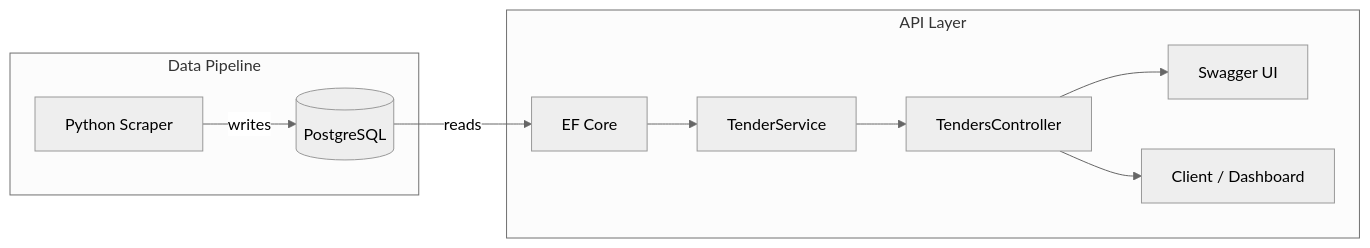
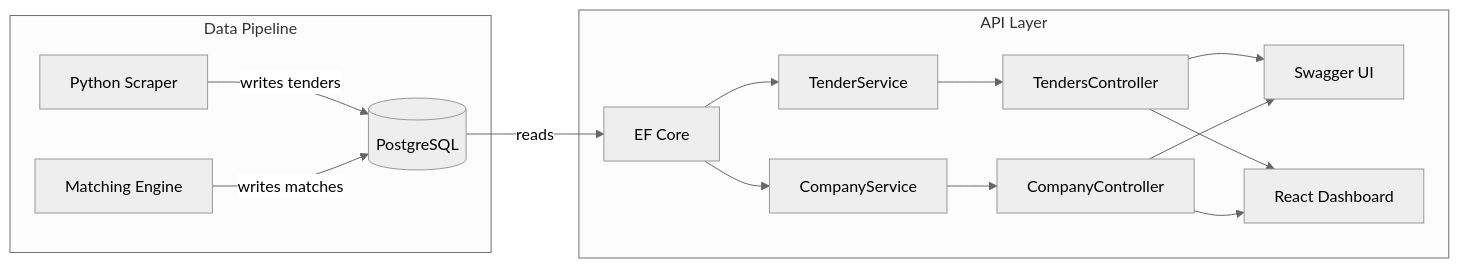
One commit to AGabtni/Procurements_Analyzer_API changed the first of 2 diagrams in README.md. Above: the diagram before and after it, drawn with Mermaid (neutral theme). The commit also changed other lines of this file and 3 other files, not shown here.

````diff
--- a/README.md
+++ b/README.md
@@ -7,13 +7,16 @@
 ```mermaid
 graph LR
     subgraph Data Pipeline
-        S[Python Scraper] -->|writes| DB[(PostgreSQL)]
+        S[Python Scraper] -->|writes tenders| DB[(PostgreSQL)]
+        M[Matching Engine] -->|writes matches| DB
     end
     subgraph API Layer
         DB -->|reads| EF[EF Core]
-        EF --> SVC[TenderService]
-        SVC --> CTRL[TendersController]
-        CTRL --> SW[Swagger UI]
-        CTRL --> CLIENT[Client / Dashboard]
+        EF --> TS[TenderService]
+        EF --> CS[CompanyService]
+        TS --> TC[TendersController]
+        CS --> CC[CompanyController]
+        TC & CC --> SW[Swagger UI]
+        TC & CC --> CLIENT[React Dashboard]
     end
 ```
````
